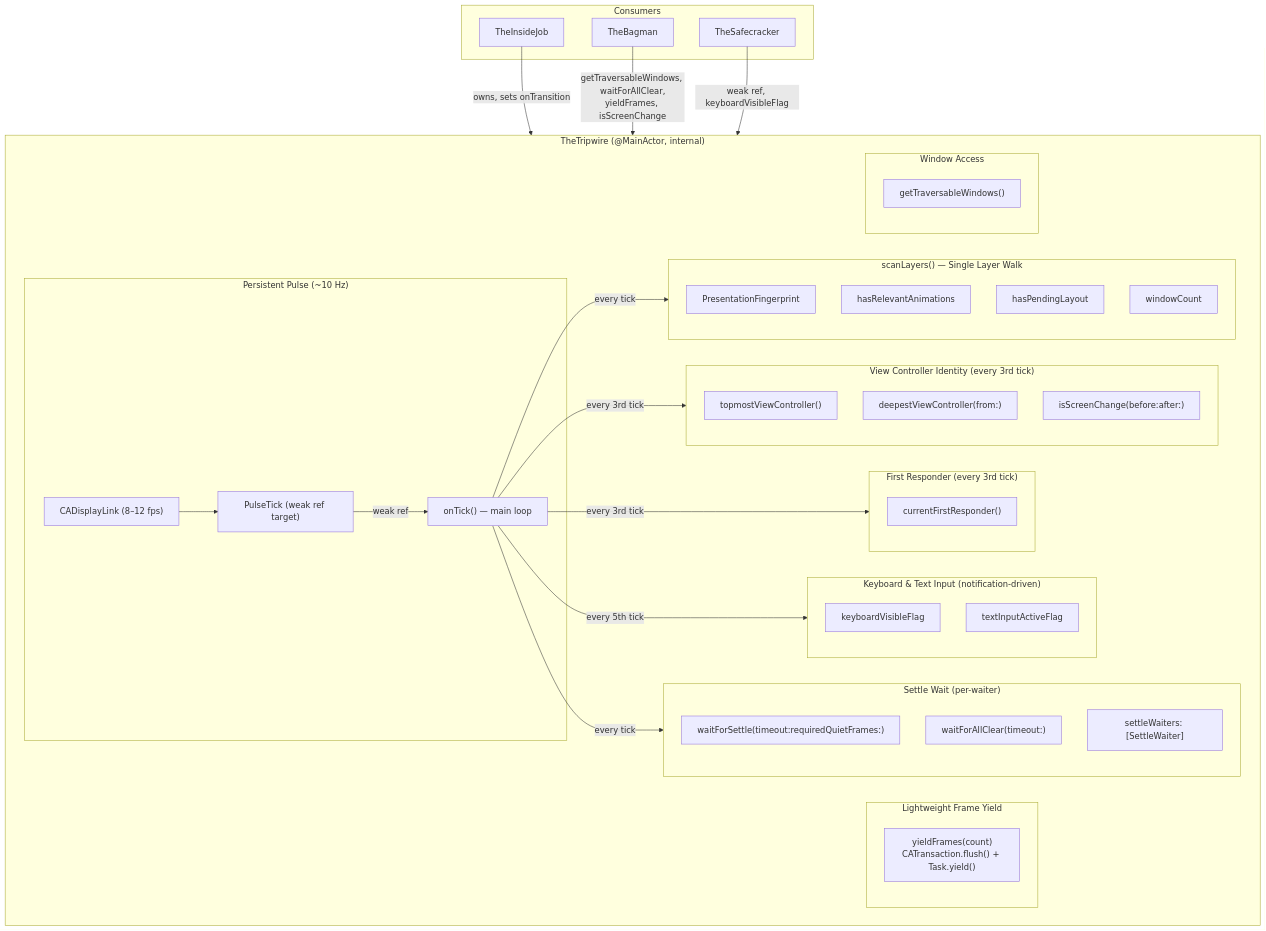
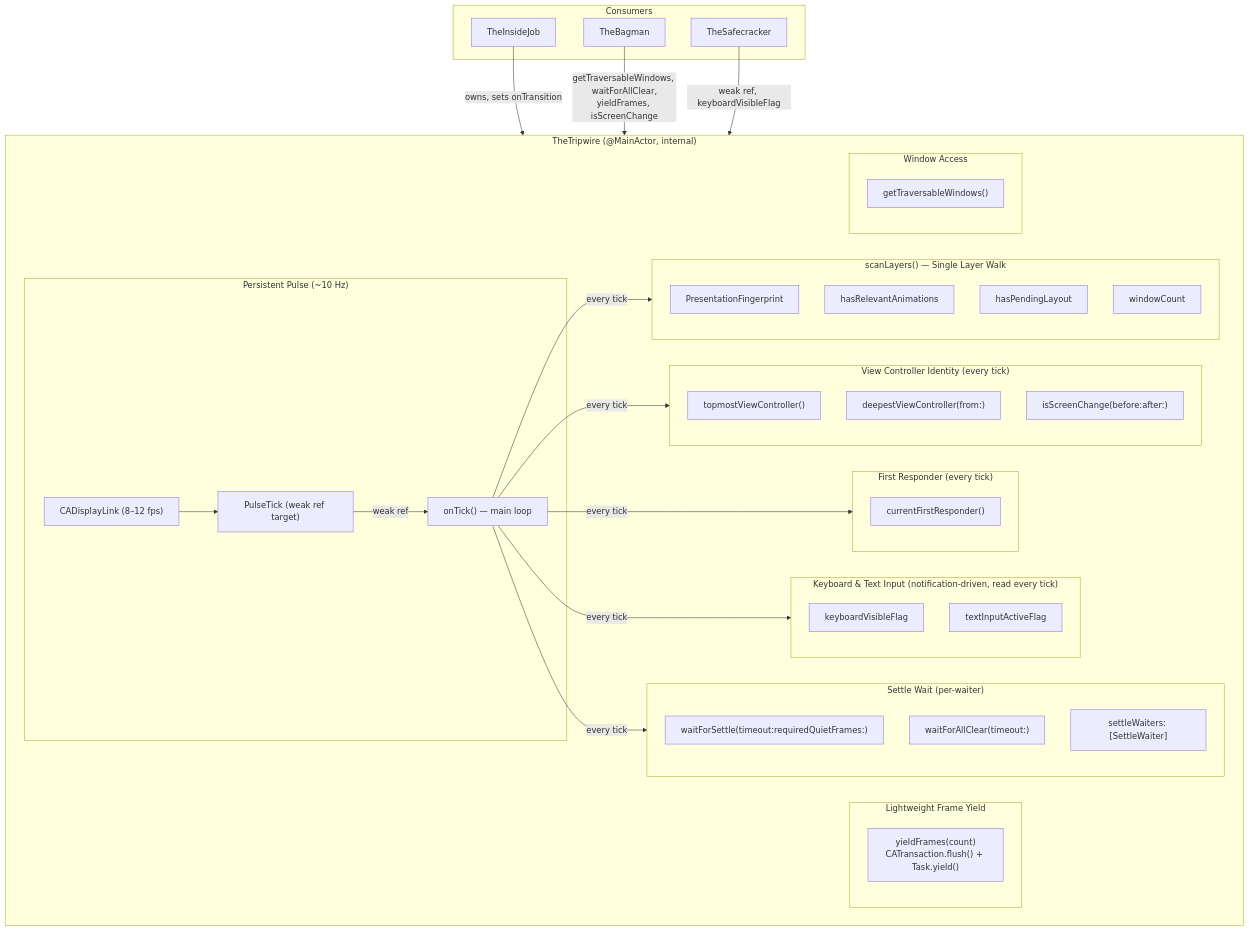
The first of 6 diagrams in docs/dossiers/14-THETRIPWIRE.md (RoyalPineapple/TheButtonHeist), drawn with Mermaid before and after one commit. The commit also changed other lines of this file and 17 other files, not shown here.

````diff
--- a/docs/dossiers/14-THETRIPWIRE.md
+++ b/docs/dossiers/14-THETRIPWIRE.md
@@ -39,64 +42,64 @@
 ```mermaid
 graph TD
     subgraph TheTripwire["TheTripwire (@MainActor, internal)"]
         subgraph Pulse["Persistent Pulse (~10 Hz)"]
             PulseTick["PulseTick (weak ref target)"]
             DisplayLink["CADisplayLink (8–12 fps)"]
             OnTick["onTick() — main loop"]
         end
 
         subgraph Scan["scanLayers() — Single Layer Walk"]
             FP["PresentationFingerprint"]
             Anim["hasRelevantAnimations"]
             Layout["hasPendingLayout"]
             WinCount["windowCount"]
         end
 
-        subgraph VCIdentity["View Controller Identity (every 3rd tick)"]
+        subgraph VCIdentity["View Controller Identity (every tick)"]
             TopVC["topmostViewController()"]
             DeepVC["deepestViewController(from:)"]
             ScreenChange["isScreenChange(before:after:)"]
         end
 
-        subgraph Focus["First Responder (every 3rd tick)"]
+        subgraph Focus["First Responder (every tick)"]
             FirstResp["currentFirstResponder()"]
         end
 
-        subgraph Keyboard["Keyboard & Text Input (notification-driven)"]
+        subgraph Keyboard["Keyboard & Text Input (notification-driven, read every tick)"]
             KBFlag["keyboardVisibleFlag"]
             TextFlag["textInputActiveFlag"]
         end
 
         subgraph Settle["Settle Wait (per-waiter)"]
             WaitSettle["waitForSettle(timeout:requiredQuietFrames:)"]
             WaitAllClear["waitForAllClear(timeout:)"]
             Waiters["settleWaiters: [SettleWaiter]"]
         end
 
         subgraph FrameYield["Lightweight Frame Yield"]
             YieldFrames["yieldFrames(count)<br/>CATransaction.flush() + Task.yield()"]
         end
 
         subgraph Windows["Window Access"]
             GetWindows["getTraversableWindows()"]
         end
     end
 
     DisplayLink --> PulseTick
     PulseTick -->|"weak ref"| OnTick
     OnTick -->|"every tick"| Scan
-    OnTick -->|"every 3rd tick"| VCIdentity
-    OnTick -->|"every 3rd tick"| Focus
-    OnTick -->|"every 5th tick"| Keyboard
+    OnTick -->|"every tick"| VCIdentity
+    OnTick -->|"every tick"| Focus
+    OnTick -->|"every tick"| Keyboard
     OnTick -->|"every tick"| Settle
 
     subgraph Consumers["Consumers"]
         IJ["TheInsideJob"]
         BM["TheBagman"]
         SC["TheSafecracker"]
     end
 
     IJ -->|"owns, sets onTransition"| TheTripwire
     BM -->|"getTraversableWindows, waitForAllClear,<br/>yieldFrames, isScreenChange"| TheTripwire
     SC -->|"weak ref, keyboardVisibleFlag"| TheTripwire
 ```
````
